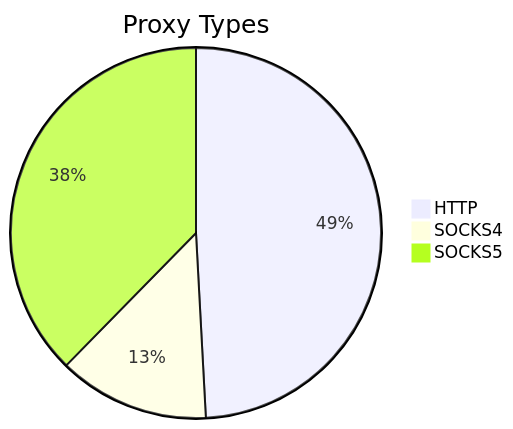
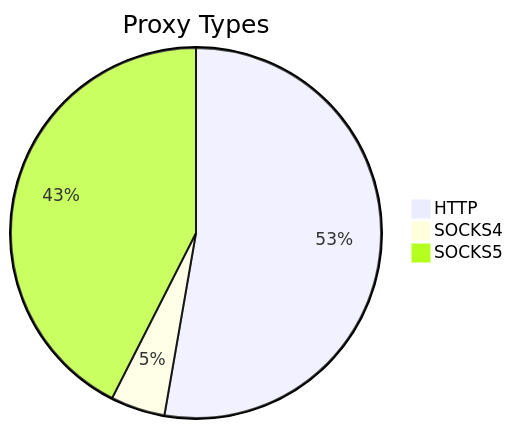
The first of 2 diagrams in README.md (stormsia/proxy-list), drawn with Mermaid before and after one commit. The commit also changed other lines of this file, not shown here.

````diff
--- a/README.md
+++ b/README.md
@@ -21,6 +21,6 @@
 ```mermaid
 pie title Proxy Types
-    "HTTP" : 231
-    "SOCKS4" : 62
-    "SOCKS5" : 177
+    "HTTP" : 222
+    "SOCKS4" : 20
+    "SOCKS5" : 179
 ```
````
